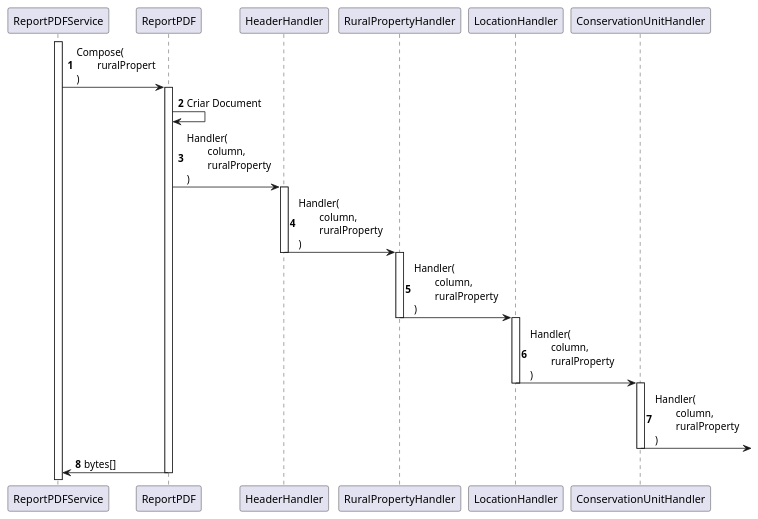
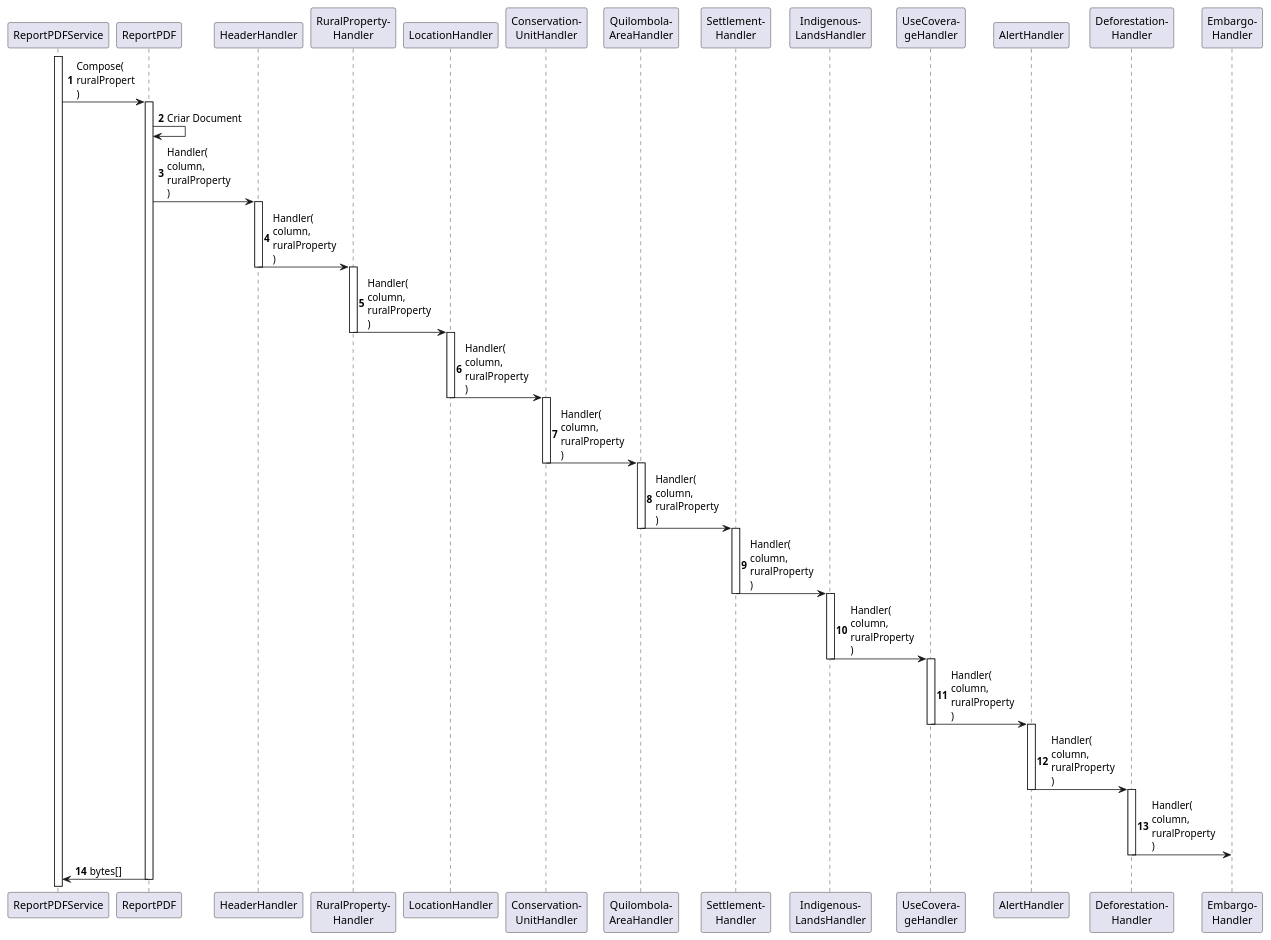
Before and after one commit to ruralgises/documentation: the diagram in sequence-diagram/generete-pdf.plantuml, drawn with PlantUML.

```diff
--- a/sequence-diagram/generete-pdf.plantuml
+++ b/sequence-diagram/generete-pdf.plantuml
@@ -1,13 +1,19 @@
 @startuml
 autonumber
 
 Activate ReportPDFService
-ReportPDFService -> ReportPDF ++: Compose(\n\truralPropert\n)
+ReportPDFService -> ReportPDF ++: Compose(\nruralPropert\n)
 ReportPDF -> ReportPDF : Criar Document
-ReportPDF -> HeaderHandler ++: Handler(\n\tcolumn, \n\truralProperty\n)
-HeaderHandler -> RuralPropertyHandler --++: Handler(\n\tcolumn, \n\truralProperty\n)
-RuralPropertyHandler -> LocationHandler --++: Handler(\n\tcolumn, \n\truralProperty\n)
-LocationHandler -> ConservationUnitHandler --++: Handler(\n\tcolumn, \n\truralProperty\n)
-ConservationUnitHandler ->] --: Handler(\n\tcolumn, \n\truralProperty\n)
+ReportPDF -> HeaderHandler ++: Handler(\ncolumn, \nruralProperty\n)
+HeaderHandler -> "RuralProperty-\nHandler" --++: Handler(\ncolumn, \nruralProperty\n)
+"RuralProperty-\nHandler" -> LocationHandler --++: Handler(\ncolumn, \nruralProperty\n)
+LocationHandler -> "Conservation-\nUnitHandler" --++: Handler(\ncolumn, \nruralProperty\n)
+"Conservation-\nUnitHandler" -> "Quilombola-\nAreaHandler" --++: Handler(\ncolumn, \nruralProperty\n)
+"Quilombola-\nAreaHandler" -> "Settlement-\nHandler" --++: Handler(\ncolumn, \nruralProperty\n)
+"Settlement-\nHandler" -> "Indigenous-\nLandsHandler" --++: Handler(\ncolumn, \nruralProperty\n)
+"Indigenous-\nLandsHandler" -> "UseCovera-\ngeHandler" --++: Handler(\ncolumn, \nruralProperty\n)
+"UseCovera-\ngeHandler" -> "AlertHandler" --++: Handler(\ncolumn, \nruralProperty\n)
+"AlertHandler" -> "Deforestation-\nHandler" --++: Handler(\ncolumn, \nruralProperty\n)
+"Deforestation-\nHandler" -> "Embargo-\nHandler" --: Handler(\ncolumn, \nruralProperty\n)
 ReportPDF -> ReportPDFService --: bytes[]
 @enduml
```
